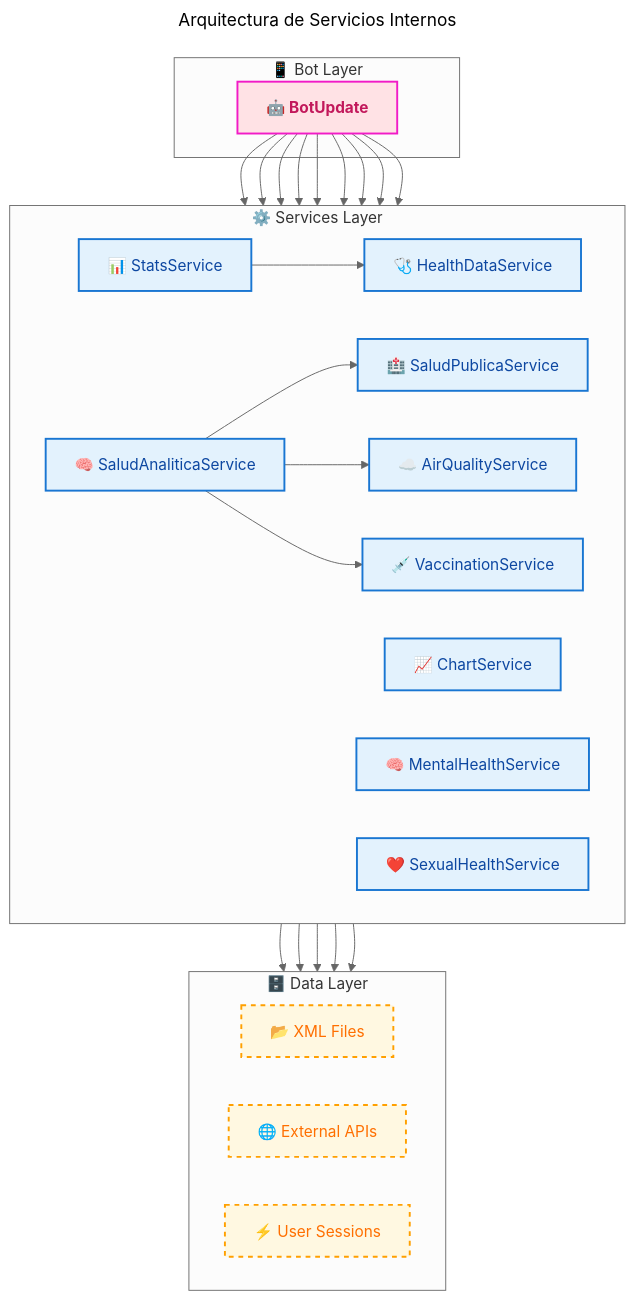
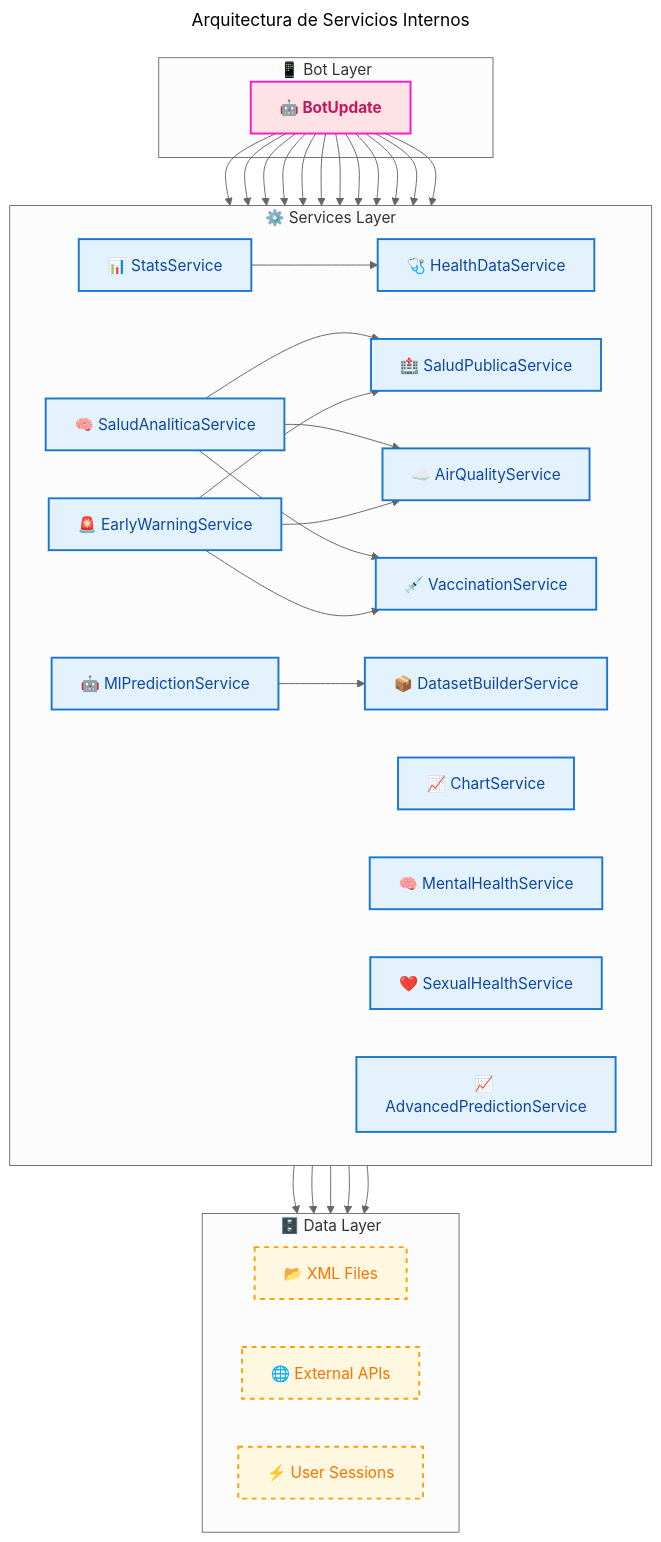
One commit to RubenDarioGuerreroNeira/Ecosistema-IA-Colombia changed the third of 4 diagrams in DOCUMENTACION_TECNICA.md. Above: the diagram before and after it, drawn with Mermaid (neutral theme). The commit also changed other lines of this file and 2 other files, not shown here.

Commit message:
Docs: Update MD files with Machine Learning and Time Series prediction features

````diff
--- a/DOCUMENTACION_TECNICA.md
+++ b/DOCUMENTACION_TECNICA.md
@@ -166,48 +166,54 @@
 ```mermaid
 ---
 title: Arquitectura de Servicios Internos
 ---
 graph TD
     classDef layer fill:#f8f9fa,stroke:#dee2e6,stroke-width:2px,color:#495057
     classDef bot fill:#ffe2e5,stroke:#f11bc7,stroke-width:2px,color:#c2185b,font-weight:bold
     classDef service fill:#e3f2fd,stroke:#1976d2,stroke-width:2px,color:#0d47a1
     classDef data fill:#fff8e1,stroke:#ffa000,stroke-width:2px,color:#ff6f00,stroke-dasharray: 5 5
 
     subgraph BotLayer ["📱 Bot Layer"]
         BotUpdate["🤖 BotUpdate"]:::bot
     end
 
     subgraph ServicesLayer ["⚙️ Services Layer"]
         direction LR
         Stats["📊 StatsService"]:::service
         SaludPublica["🏥 SaludPublicaService"]:::service
         SaludAnalitica["🧠 SaludAnaliticaService"]:::service
         AirQuality["☁️ AirQualityService"]:::service
         Chart["📈 ChartService"]:::service
         HealthData["🩺 HealthDataService"]:::service
         Mental["🧠 MentalHealthService"]:::service
         Sexual["❤️ SexualHealthService"]:::service
         Vaccination["💉 VaccinationService"]:::service
+        MLPredict["🤖 MlPredictionService"]:::service
+        Advanced["📈 AdvancedPredictionService"]:::service
+        EarlyWarning["🚨 EarlyWarningService"]:::service
+        DatasetBuilder["📦 DatasetBuilderService"]:::service
     end
 
     subgraph DataLayer ["🗄️ Data Layer"]
         direction LR
         XML["📂 XML Files"]:::data
         API["🌐 External APIs"]:::data
         Redis["⚡ User Sessions"]:::data
     end
 
     %% Enrutamiento Principal
-    BotUpdate --> Stats & SaludPublica & SaludAnalitica & AirQuality & Chart & HealthData & Mental & Sexual & Vaccination
+    BotUpdate --> Stats & SaludPublica & SaludAnalitica & AirQuality & Chart & HealthData & Mental & Sexual & Vaccination & MLPredict & Advanced & EarlyWarning
 
     %% Dependencias de Servicios
     Stats --> HealthData
     SaludAnalitica --> SaludPublica & AirQuality & Vaccination
+    MLPredict --> DatasetBuilder
+    EarlyWarning --> SaludPublica & Vaccination & AirQuality
     
     %% Acceso a Datos
     HealthData --> XML
     Mental --> XML
     Sexual --> XML
     Vaccination --> XML
     AirQuality --> API
 ```
````
